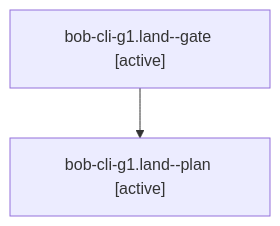
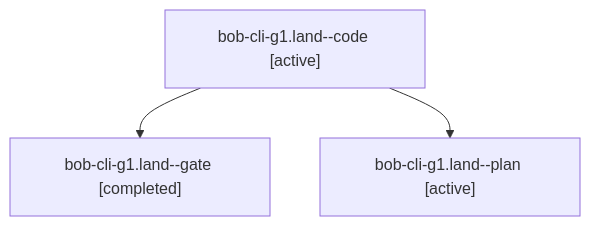
The diagram in sessions/bbugyi200.athena.bob-cli-g1.land.md (bobs-org/bob-cli--agents), drawn with Mermaid before and after one commit. The commit also changed other lines of this file and 29 other files, not shown here.

````diff
--- a/sessions/bbugyi200.athena.bob-cli-g1.land.md
+++ b/sessions/bbugyi200.athena.bob-cli-g1.land.md
@@ -9,6 +9,8 @@
 ```mermaid
 flowchart TD
-  n0["bob-cli-g1.land--gate [active]"]
-  n1["bob-cli-g1.land--plan [active]"]
+  n0["bob-cli-g1.land--code [active]"]
+  n1["bob-cli-g1.land--gate [completed]"]
   n0 --> n1
+  n2["bob-cli-g1.land--plan [active]"]
+  n0 --> n2
 ```
````
